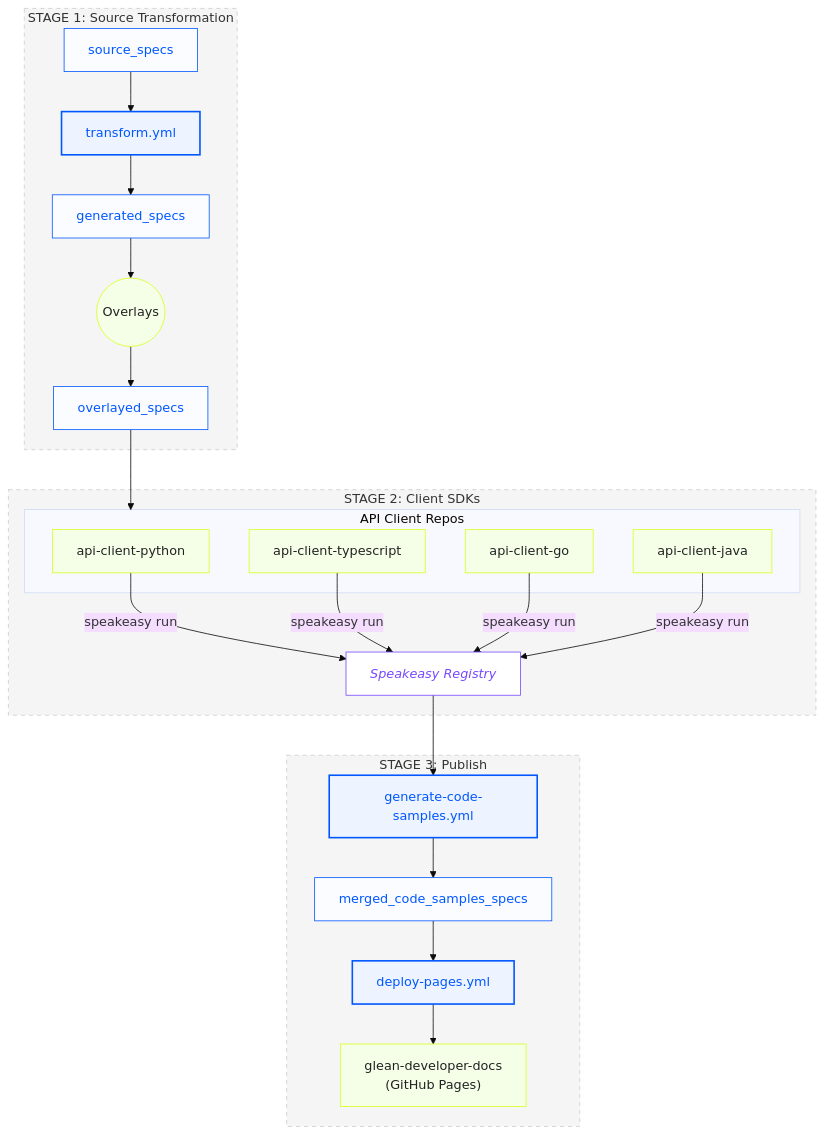
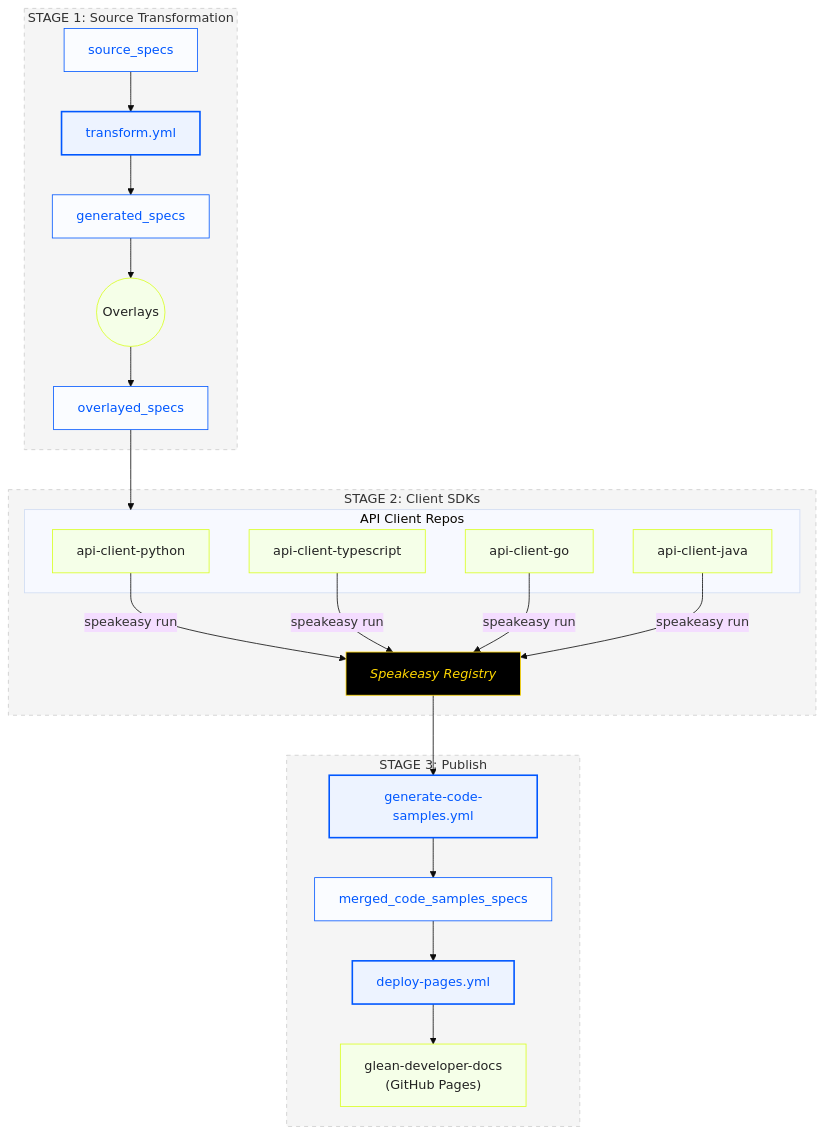
The diagram in README.md (gleanwork/open-api), drawn with Mermaid (base theme) before and after one commit.

Commit message:
Style speakeasy registry with different colors

````diff
--- a/README.md
+++ b/README.md
@@ -51,59 +51,59 @@
 ```mermaid
 flowchart TD
     %% Main directory nodes
     source_specs["source_specs"]:::dir
     generated_specs["generated_specs"]:::dir
     overlayed_specs["overlayed_specs"]:::dir
     merged_code_samples_specs["merged_code_samples_specs"]:::dir
 
     %% Workflow nodes
     transform_yml["transform.yml"]:::wf
     generate_code_samples_yml["generate-code-samples.yml"]:::wf
     deploy_pages_yml["deploy-pages.yml"]:::wf
 
     %% External resources
     overlays((Overlays)):::ext
     speakeasy_registry["Speakeasy Registry"]:::reg
     glean_developer_docs["glean-developer-docs<br>(GitHub Pages)"]:::ext
 
     %% External repos - arranged in a 2x2 grid for clarity
     api_python["api-client-python"]:::ext
     api_typescript["api-client-typescript"]:::ext  
     api_go["api-client-go"]:::ext
     api_java["api-client-java"]:::ext
 
     %% STAGE 1: Transform source specs
     subgraph Stage1[STAGE 1: Source Transformation]
         source_specs --> transform_yml --> generated_specs
         generated_specs --> overlays --> overlayed_specs
     end
 
     %% STAGE 2: External repos process specs
     subgraph Stage2[STAGE 2: Client SDKs]
         overlayed_specs --> api_clients
         
         subgraph api_clients[API Client Repos]
             api_python & api_typescript & api_go & api_java
         end
         
         %% All API clients upload samples to registry
         api_python & api_typescript & api_go & api_java -->|speakeasy run| speakeasy_registry
     end
 
     %% STAGE 3: Generate code samples and deploy
     subgraph Stage3[STAGE 3: Publish]
         speakeasy_registry --> generate_code_samples_yml --> merged_code_samples_specs
         merged_code_samples_specs --> deploy_pages_yml --> glean_developer_docs
     end
 
     %% Styling definitions
     classDef dir fill:#FAFCFF,stroke:#0057FF,stroke-width:1px,color:#0057FF;
     classDef wf fill:#EDF3FF,stroke:#0057FF,stroke-width:2px,color:#0057FF;
     classDef ext fill:#F5FFE8,stroke:#D9FF1F,stroke-width:1px,color:#222;
-    classDef reg fill:#FFFFFF,stroke:#7649FF,stroke-width:1px,color:#7649FF,font-style:italic;
+    classDef reg fill:#000000,stroke:#FFD700,stroke-width:1px,color:#FFD700,font-style:italic;
     classDef section fill:#f5f5f5,stroke:#cccccc,color:#333333;
 
     %% Style the stages
     classDef stage fill:#f5f5f5,stroke:#cccccc,color:#333333,stroke-dasharray: 5 5;
     class Stage1,Stage2,Stage3 stage;
 ```
````
